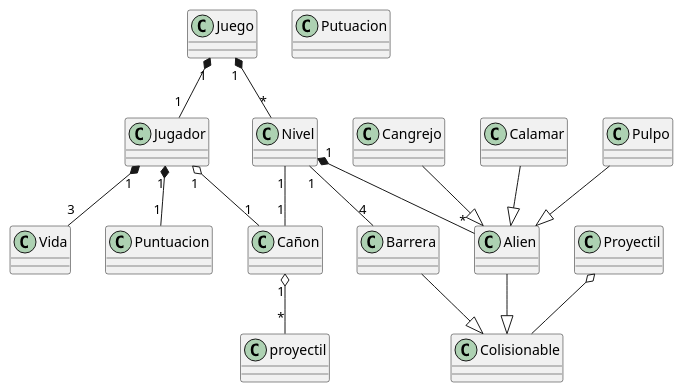
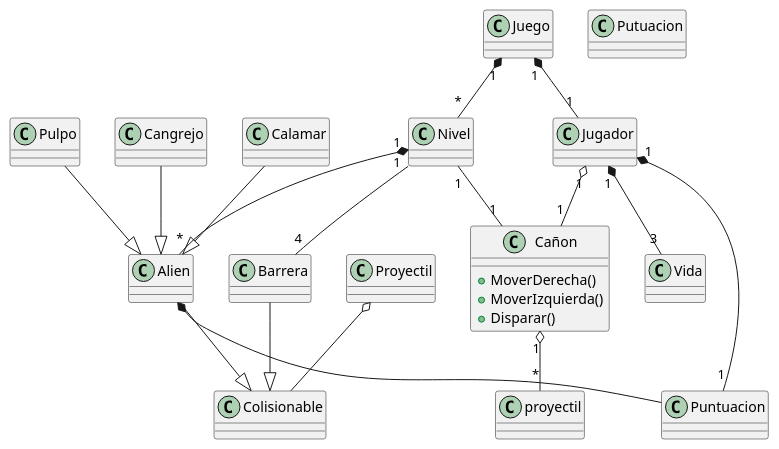
The diagram in docs/space.puml (Francisco-Javier-Camacho-Soriano/space-invaders), drawn with PlantUML before and after one commit. The commit also changed 5 other files, not shown here.

```diff
--- a/docs/space.puml
+++ b/docs/space.puml
@@ -1,53 +1,59 @@
 @startuml space 
 
 class Alien
-class Cañon
+class Cañon{
+    + MoverDerecha()
+    + MoverIzquierda()
+    + Disparar()
+}
 class Barrera
 class Proyectil
 class Vida
 class Juego
 class Putuacion
 class Colisionable
 class Pulpo 
 class Cangrejo
 
 
 
 
 
 Juego "1" *-- "*" Nivel
 Nivel "1" *-- "*" Alien
 Nivel "1" -- "4" Barrera
 Nivel "1" -- "1" Cañon
 
 
 
 Jugador "1" o-- "1" Cañon
 Jugador "1" *-- "3" Vida
 Jugador "1" *-- "1" Puntuacion
 
 
 Cañon "1" o-- "*" proyectil
 
 
 Juego "1" *-- "1" Jugador
 
 Proyectil o-- Colisionable
 
 Barrera --|> Colisionable
 Alien --|> Colisionable
 
 Pulpo --|> Alien
 Calamar --|> Alien
 Cangrejo --|> Alien 
 
+Alien *-- Puntuacion
+
 
 
 
 
 
 
 
 
 
 @enduml 
```
